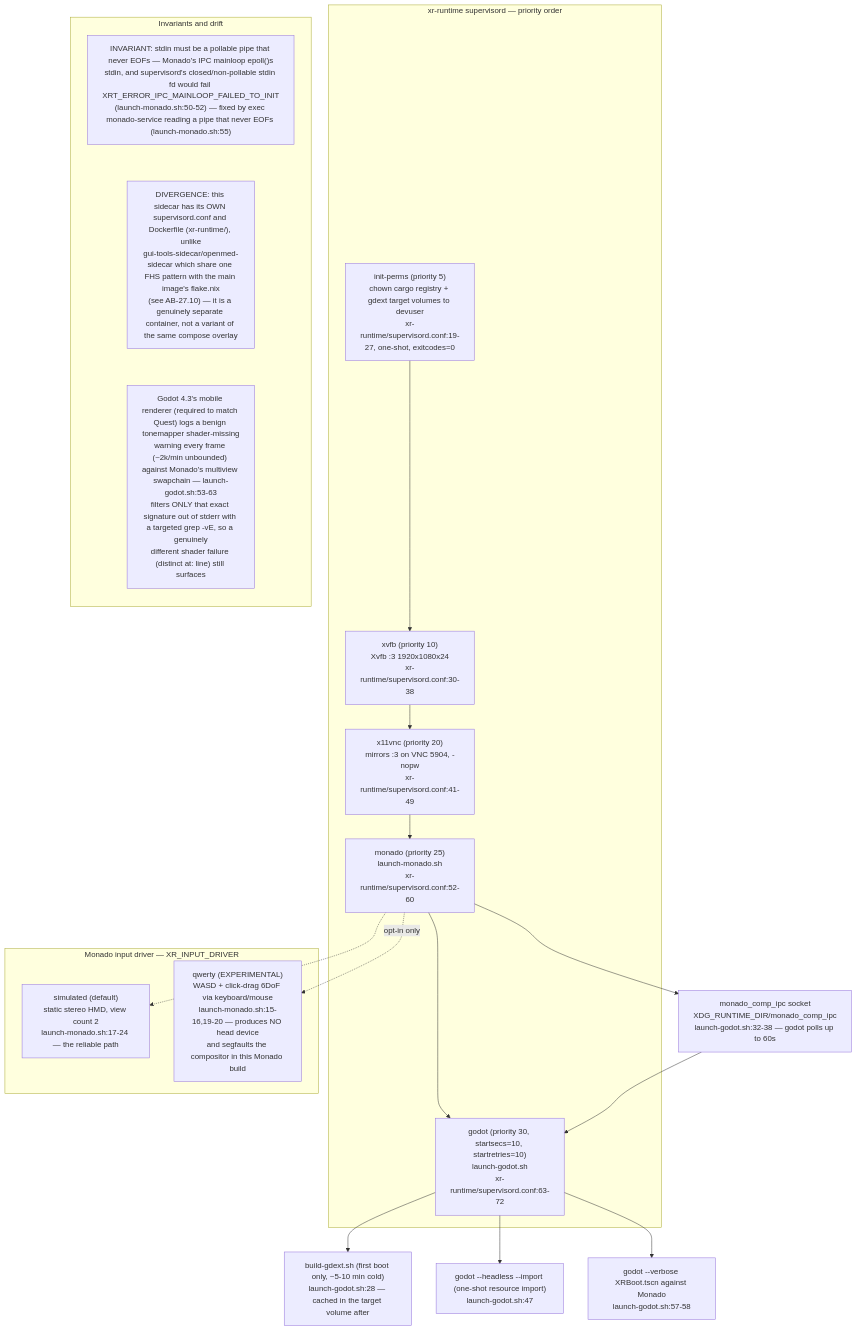
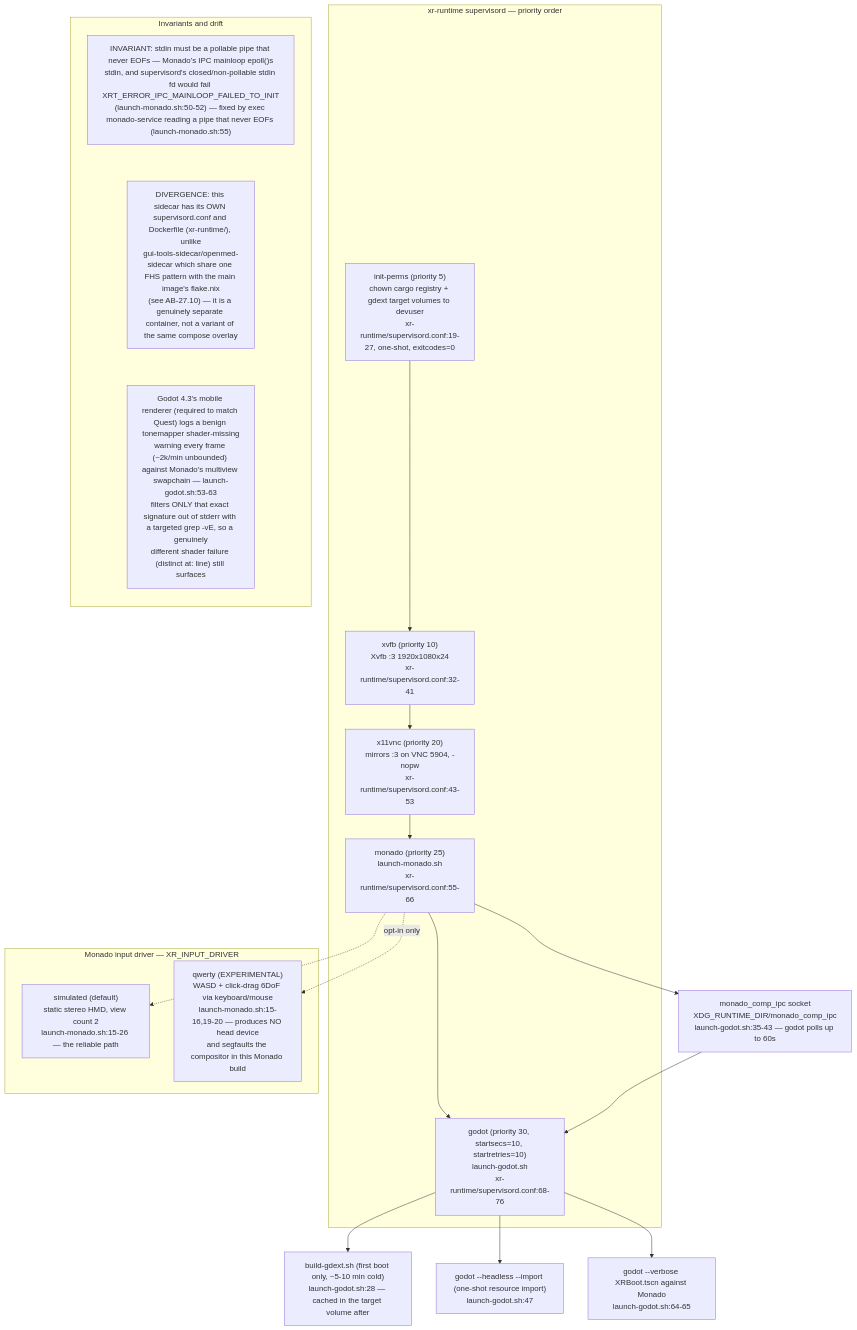
Diagram 13 of 14 in docs/diagrams/agentbox/27-media-gpu-capability-services.md (DreamLab-AI/VisionFlow), drawn with Mermaid before and after one commit. The commit also changed other lines of this file and 173 other files, not shown here.

````diff
--- a/docs/diagrams/agentbox/27-media-gpu-capability-services.md
+++ b/docs/diagrams/agentbox/27-media-gpu-capability-services.md
@@ -509,29 +511,29 @@
 ```mermaid
 flowchart TB
     subgraph boot["xr-runtime supervisord — priority order"]
         INIT["init-perms #40;priority 5#41;<br/>chown cargo registry + gdext target volumes to devuser<br/>xr-runtime/supervisord.conf:19-27, one-shot, exitcodes=0"]
-        XVFB["xvfb #40;priority 10#41;<br/>Xvfb :3 1920x1080x24<br/>xr-runtime/supervisord.conf:30-38"]
-        VNC["x11vnc #40;priority 20#41;<br/>mirrors :3 on VNC 5904, -nopw<br/>xr-runtime/supervisord.conf:41-49"]
-        MONADO["monado #40;priority 25#41;<br/>launch-monado.sh<br/>xr-runtime/supervisord.conf:52-60"]
-        GODOT["godot #40;priority 30, startsecs=10, startretries=10#41;<br/>launch-godot.sh<br/>xr-runtime/supervisord.conf:63-72"]
+        XVFB["xvfb #40;priority 10#41;<br/>Xvfb :3 1920x1080x24<br/>xr-runtime/supervisord.conf:32-41"]
+        VNC["x11vnc #40;priority 20#41;<br/>mirrors :3 on VNC 5904, -nopw<br/>xr-runtime/supervisord.conf:43-53"]
+        MONADO["monado #40;priority 25#41;<br/>launch-monado.sh<br/>xr-runtime/supervisord.conf:55-66"]
+        GODOT["godot #40;priority 30, startsecs=10, startretries=10#41;<br/>launch-godot.sh<br/>xr-runtime/supervisord.conf:68-76"]
     end
     INIT --> XVFB --> VNC --> MONADO --> GODOT
-    MONADO --> SOCK["monado_comp_ipc socket<br/>XDG_RUNTIME_DIR/monado_comp_ipc<br/>launch-godot.sh:32-38 — godot polls up to 60s"]
+    MONADO --> SOCK["monado_comp_ipc socket<br/>XDG_RUNTIME_DIR/monado_comp_ipc<br/>launch-godot.sh:35-43 — godot polls up to 60s"]
     SOCK --> GODOT
     GODOT --> GDEXT["build-gdext.sh #40;first boot only, ~5-10 min cold#41;<br/>launch-godot.sh:28 — cached in the target volume after"]
     GODOT --> IMPORT["godot --headless --import #40;one-shot resource import#41;<br/>launch-godot.sh:47"]
-    GODOT --> SCENE["godot --verbose XRBoot.tscn against Monado<br/>launch-godot.sh:57-58"]
+    GODOT --> SCENE["godot --verbose XRBoot.tscn against Monado<br/>launch-godot.sh:64-65"]
     subgraph driver["Monado input driver — XR_INPUT_DRIVER"]
-        SIM["simulated #40;default#41;<br/>static stereo HMD, view count 2<br/>launch-monado.sh:17-24 — the reliable path"]
+        SIM["simulated #40;default#41;<br/>static stereo HMD, view count 2<br/>launch-monado.sh:15-26 — the reliable path"]
         QWERTY["qwerty #40;EXPERIMENTAL#41;<br/>WASD + click-drag 6DoF via keyboard/mouse<br/>launch-monado.sh:15-16,19-20 — produces NO head device<br/>and segfaults the compositor in this Monado build"]
     end
     MONADO -.-> SIM
     MONADO -.->|"opt-in only"| QWERTY
     subgraph notes["Invariants and drift"]
         direction TB
         N1["INVARIANT: stdin must be a pollable pipe that never EOFs — Monado's IPC mainloop epoll#40;#41;s<br/>stdin, and supervisord's closed/non-pollable stdin fd would fail XRT_ERROR_IPC_MAINLOOP_FAILED_TO_INIT<br/>#40;launch-monado.sh:50-52#41; — fixed by exec monado-service reading a pipe that never EOFs #40;launch-monado.sh:55#41;"]
         N2["DIVERGENCE: this sidecar has its OWN supervisord.conf and Dockerfile #40;xr-runtime/#41;, unlike<br/>gui-tools-sidecar/openmed-sidecar which share one FHS pattern with the main image's flake.nix<br/>#40;see AB-27.10#41; — it is a genuinely separate container, not a variant of the same compose overlay"]
         N3["Godot 4.3's mobile renderer #40;required to match Quest#41; logs a benign tonemapper shader-missing<br/>warning every frame #40;~2k/min unbounded#41; against Monado's multiview swapchain — launch-godot.sh:53-63<br/>filters ONLY that exact signature out of stderr with a targeted grep -vE, so a genuinely<br/>different shader failure #40;distinct at: line#41; still surfaces"]
         N1 ~~~ N2 ~~~ N3
     end
 ```
````
